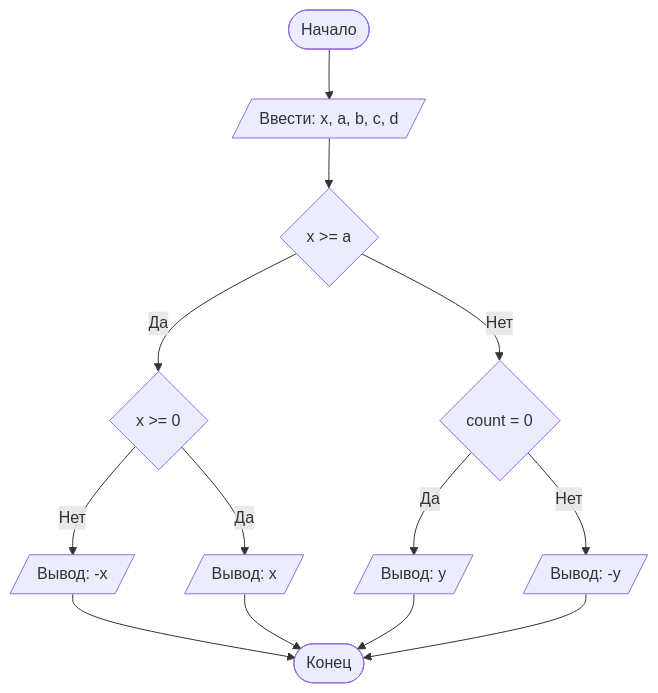
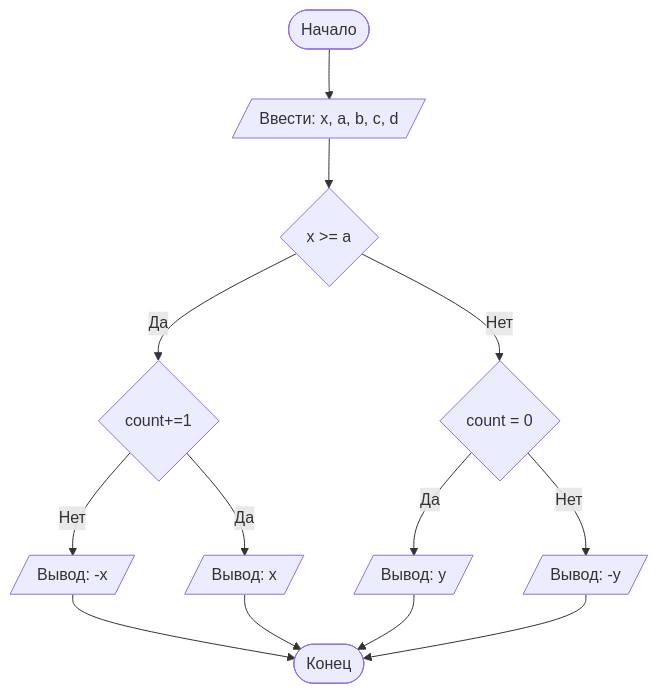
The diagram in pm2601.md (09mikg09-svg/mishanya), drawn with Mermaid before and after one commit.

````diff
--- a/pm2601.md
+++ b/pm2601.md
@@ -90,16 +90,16 @@
 ```mermaid
 graph TD
     A([Начало]) --> B[/Ввести: x, a, b, c, d/]
     B --> C{x >= a}
     C -- Нет --> D{count = 0}
     D -- Нет --> E[/Вывод: -y/]
     D -- Да --> H[/Вывод: y/]
-    C -- Да --> I{x >= 0}
+    C -- Да --> I{count+=1}
     I -- Нет --> J[/Вывод: -x/]
     I -- Да --> K[/Вывод: x/]
     J --> Z
     K --> Z
     H --> Z
     E --> Z([Конец])
 
 ```
````
